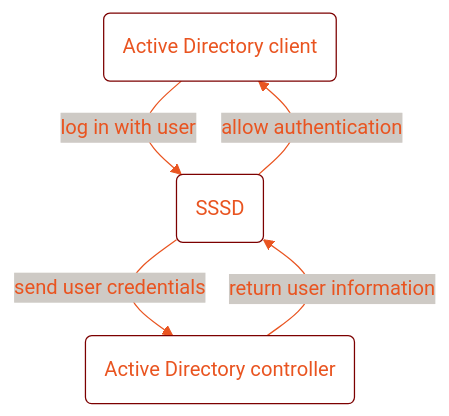
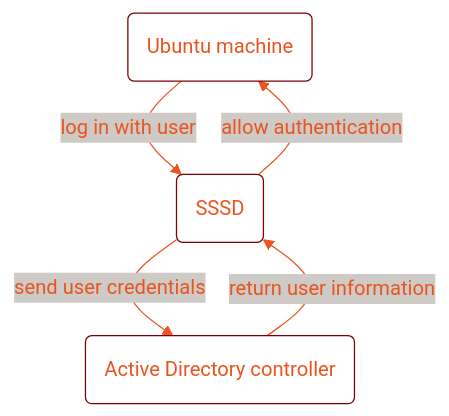
The diagram in docs/diagrams/arch-sssd.mmd (ubuntu/adsys), drawn with Mermaid before and after one commit. The commit also changed 1 other file, not shown here.

Commit message:
make language for client machine more concrete
changes "AD client" to "Ubuntu machine" in arch diagrams.

```diff
--- a/docs/diagrams/arch-sssd.mmd
+++ b/docs/diagrams/arch-sssd.mmd
@@ -1,17 +1,17 @@
 %%{init: {"theme": "base", "themeVariables": {
       'background': '#DDC9D4',
       'primaryColor': '#FFF',
       'primaryTextColor': '#E95420',
       'primaryBorderColor': '#7C0000',
       'lineColor': '#E95420',
       'secondaryColor': '#CECAC5'
 }}}%%
 flowchart TB
-    adcli(Active Directory client)
+    adcli(Ubuntu machine)
     sssd(SSSD)
     adcon(Active Directory controller)
 
     adcli --"log in with user"--> sssd
     sssd --"send user credentials"--> adcon
     sssd --"allow authentication"--> adcli
     adcon --"return user information"--> sssd
```
